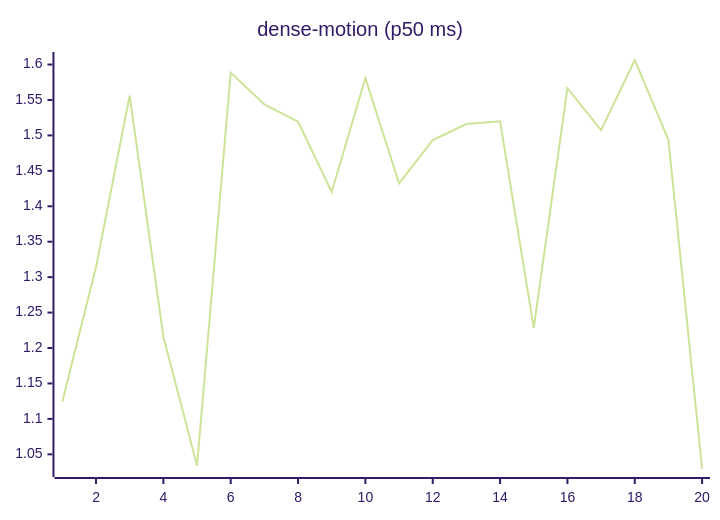
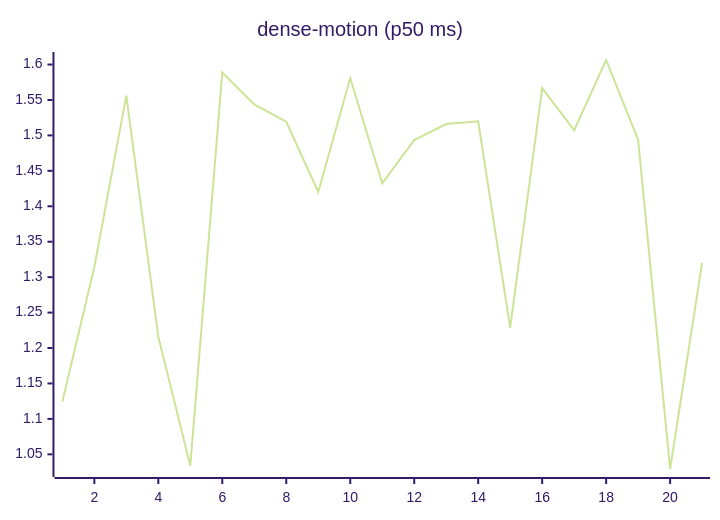
The ninth of 27 diagrams in README.md (josha/Facet), drawn with Mermaid (forest theme) before and after one commit. The commit also changed other lines of this file and 2 other files, not shown here.

````diff
--- a/README.md
+++ b/README.md
@@ -119,6 +119,6 @@
 ```mermaid
 xychart-beta
     title "dense-motion (p50 ms)"
-    x-axis 1 --> 20
-    line [1.1243, 1.3144, 1.5562, 1.2159, 1.0340, 1.5887, 1.5438, 1.5193, 1.4201, 1.5809, 1.4323, 1.4933, 1.5160, 1.5198, 1.2285, 1.5668, 1.5073, 1.6064, 1.4938, 1.0293]
+    x-axis 1 --> 21
+    line [1.1243, 1.3144, 1.5562, 1.2159, 1.0340, 1.5887, 1.5438, 1.5193, 1.4201, 1.5809, 1.4323, 1.4933, 1.5160, 1.5198, 1.2285, 1.5668, 1.5073, 1.6064, 1.4938, 1.0293, 1.3202]
 ```
````
